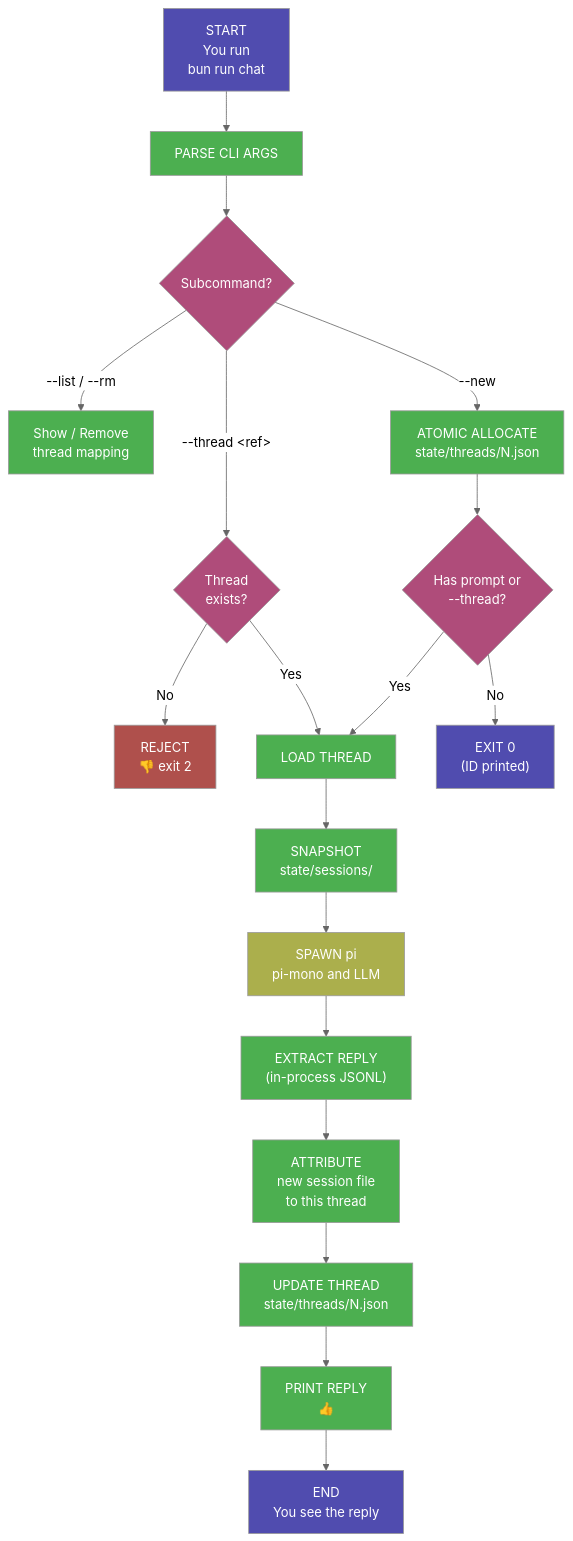
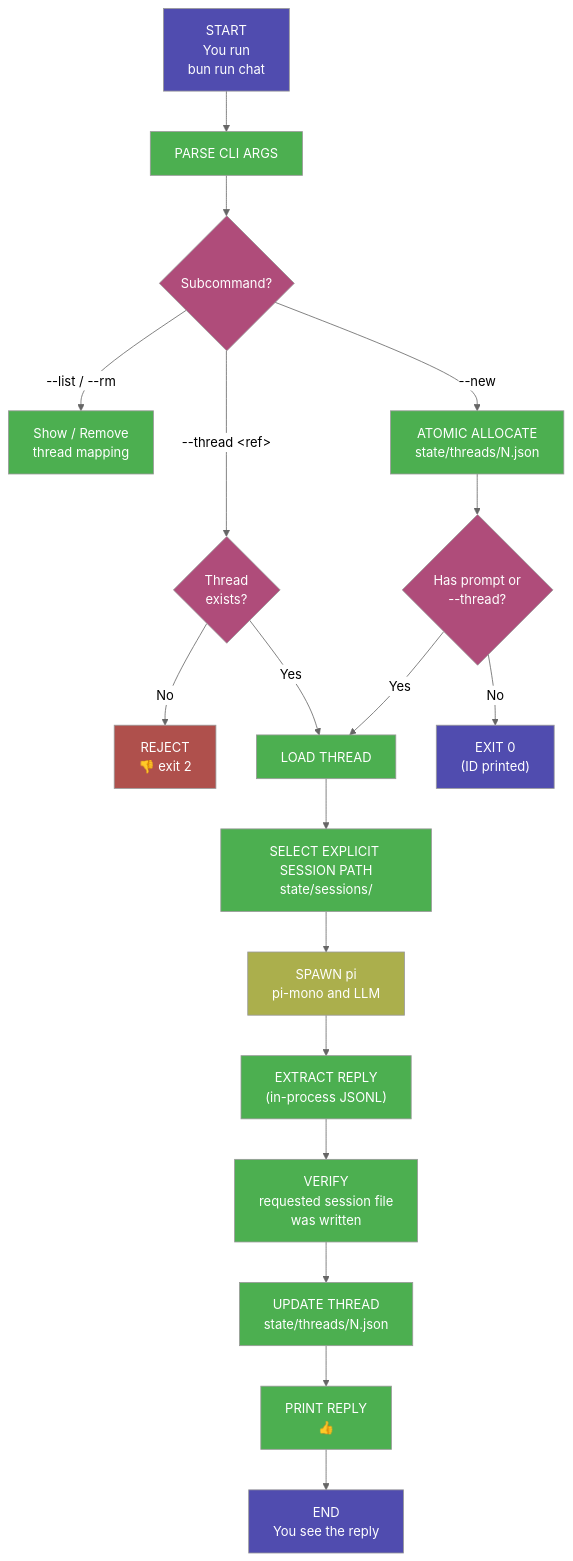
The diagram in .github-society-intelligence/README-VSC.md (japer-technology/github-society-intelligence), drawn with Mermaid (neutral theme) before and after one commit. The commit also changed other lines of this file and 22 other files, not shown here.

````diff
--- a/.github-society-intelligence/README-VSC.md
+++ b/.github-society-intelligence/README-VSC.md
@@ -159,38 +159,38 @@
 ```mermaid
 flowchart TD
     A["START<br/>You run<br/>bun run chat"] --> B["PARSE CLI ARGS"]
     B --> C{"Subcommand?"}
     C -- "--list / --rm" --> D["Show / Remove<br/>thread mapping"]
     C -- "--new" --> E["ATOMIC ALLOCATE<br/>state/threads/N.json"]
     C -- "--thread &lt;ref&gt;" --> F{"Thread<br/>exists?"}
     F -- No --> G["REJECT<br/>👎 exit 2"]
     F -- Yes --> H["LOAD THREAD"]
     E --> I{"Has prompt or<br/>--thread?"}
     I -- No --> J["EXIT 0<br/>(ID printed)"]
     I -- Yes --> H
-    H --> K["SNAPSHOT<br/>state/sessions/"]
+    H --> K["SELECT EXPLICIT SESSION PATH<br/>state/sessions/"]
     K --> L["SPAWN pi<br/>pi-mono and LLM"]
     L --> M["EXTRACT REPLY<br/>(in-process JSONL)"]
-    M --> N["ATTRIBUTE<br/>new session file<br/>to this thread"]
+    M --> N["VERIFY<br/>requested session file<br/>was written"]
     N --> O["UPDATE THREAD<br/>state/threads/N.json"]
     O --> P["PRINT REPLY<br/>👍"]
     P --> Q["END<br/>You see the reply"]
 
     style A fill:#504CAF,color:#fff
     style B fill:#4CAF50,color:#fff
     style C fill:#AF4C7A,color:#fff
     style D fill:#4CAF50,color:#fff
     style E fill:#4CAF50,color:#fff
     style F fill:#AF4C7A,color:#fff
     style G fill:#AF504C,color:#fff
     style H fill:#4CAF50,color:#fff
     style I fill:#AF4C7A,color:#fff
     style J fill:#504CAF,color:#fff
     style K fill:#4CAF50,color:#fff
     style L fill:#ABAF4C,color:#fff
     style M fill:#4CAF50,color:#fff
     style N fill:#4CAF50,color:#fff
     style O fill:#4CAF50,color:#fff
     style P fill:#4CAF50,color:#fff
     style Q fill:#504CAF,color:#fff
 ```
````
